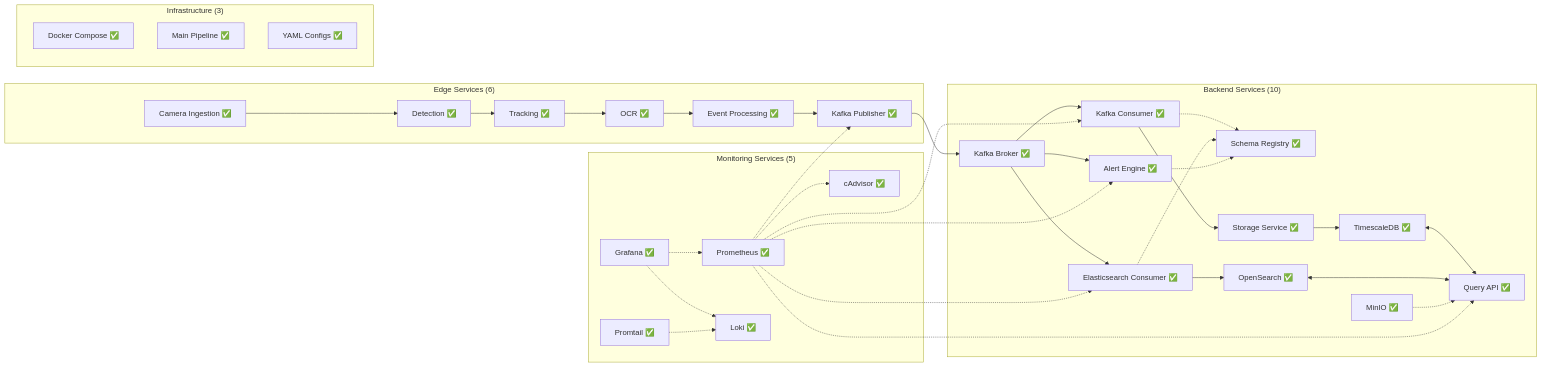
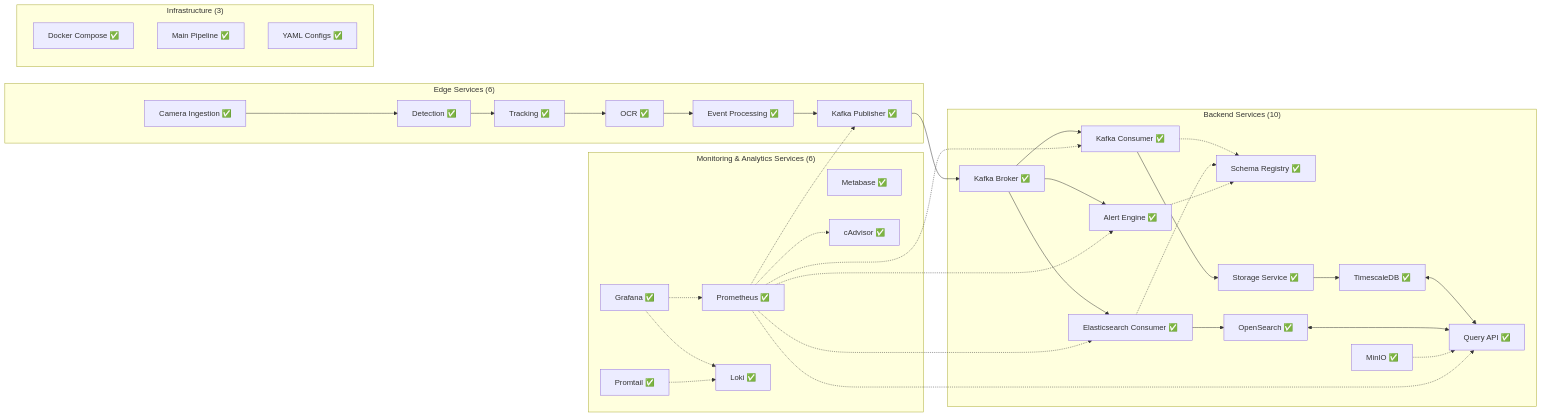
The third of 9 diagrams in docs/alpr/project-architecture-chart.md (Azhundev/oversight-alpr-app), drawn with Mermaid before and after one commit. The commit also changed other lines of this file and 17 other files, not shown here.

````diff
--- a/docs/alpr/project-architecture-chart.md
+++ b/docs/alpr/project-architecture-chart.md
@@ -165,58 +168,59 @@
 ```mermaid
 graph LR
     subgraph "Edge Services (6)"
         E1["Camera Ingestion ✅"]
         E2["Detection ✅"]
         E3["Tracking ✅"]
         E4["OCR ✅"]
         E5["Event Processing ✅"]
         E6["Kafka Publisher ✅"]
     end
 
     subgraph "Backend Services (10)"
         B1["Kafka Broker ✅"]
         B2["Schema Registry ✅"]
         B3["Kafka Consumer ✅"]
         B4["Storage Service ✅"]
         B5["TimescaleDB ✅"]
         B6["Query API ✅"]
         B7["MinIO ✅"]
         B8["Alert Engine ✅"]
         B9["Elasticsearch Consumer ✅"]
         B10["OpenSearch ✅"]
     end
 
-    subgraph "Monitoring Services (5)"
+    subgraph "Monitoring & Analytics Services (6)"
         M1["Prometheus ✅"]
         M2["Grafana ✅"]
-        M3["Loki ✅"]
-        M4["Promtail ✅"]
-        M5["cAdvisor ✅"]
+        M3["Metabase ✅"]
+        M4["Loki ✅"]
+        M5["Promtail ✅"]
+        M6["cAdvisor ✅"]
     end
 
     subgraph "Infrastructure (3)"
         I1["Docker Compose ✅"]
         I2["Main Pipeline ✅"]
         I3["YAML Configs ✅"]
     end
 
     E1 --> E2 --> E3 --> E4 --> E5 --> E6
     E6 --> B1 --> B3 --> B4 --> B5
     B1 --> B8
     B1 --> B9 --> B10
     B3 -.-> B2
     B9 -.-> B2
     B8 -.-> B2
     B5 <--> B6
     B10 <--> B6
     B7 -.-> B6
     M1 -.-> E6
     M1 -.-> B3
     M1 -.-> B6
     M1 -.-> B8
     M1 -.-> B9
-    M1 -.-> M5
+    M1 -.-> M6
     M2 -.-> M1
-    M2 -.-> M3
-    M4 -.-> M3
+    M2 -.-> M4
+    M5 -.-> M4
 ```
````
